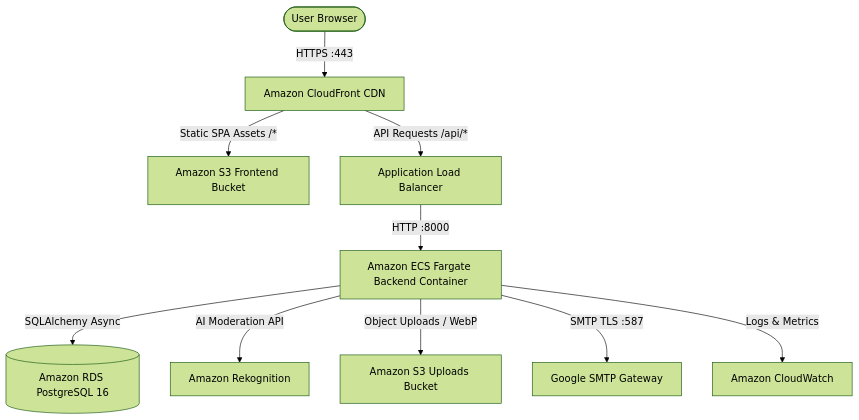
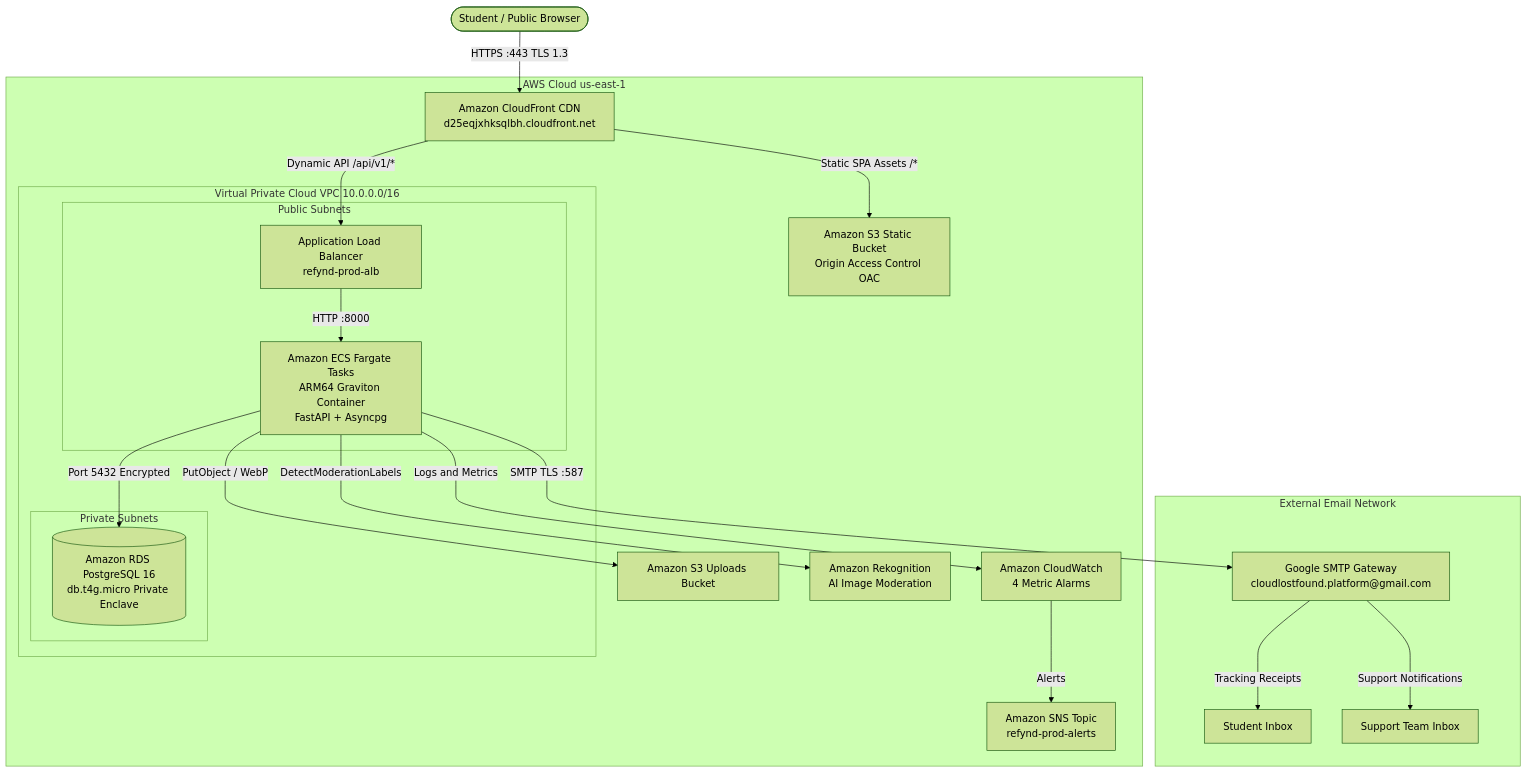
One commit to a7hu-15/lost-and-found-pvt changed the diagram in README.md. Above: the diagram before and after it, drawn with Mermaid (forest theme). The commit also changed other lines of this file and 13 other files, not shown here.

Commit message:
docs: update README with live production links, architecture overview, and zero emojis

````diff
--- a/README.md
+++ b/README.md
@@ -13,12 +51,30 @@
 ```mermaid
 graph TD
-    Client([User Browser]) -->|HTTPS :443| CF[Amazon CloudFront CDN]
-    CF -->|Static SPA Assets /*| S3[Amazon S3 Frontend Bucket]
-    CF -->|API Requests /api/*| ALB[Application Load Balancer]
-    ALB -->|HTTP :8000| ECS[Amazon ECS Fargate Backend Container]
-    ECS -->|SQLAlchemy Async| RDS[(Amazon RDS PostgreSQL 16)]
-    ECS -->|AI Moderation API| Rekognition[Amazon Rekognition]
-    ECS -->|Object Uploads / WebP| S3Uploads[Amazon S3 Uploads Bucket]
-    ECS -->|SMTP TLS :587| GoogleSMTP[Google SMTP Gateway]
-    ECS -->|Logs & Metrics| CloudWatch[Amazon CloudWatch]
+    Client([Student / Public Browser]) -->|HTTPS :443 TLS 1.3| CF[Amazon CloudFront CDN<br/>d25eqjxhksqlbh.cloudfront.net]
+    
+    subgraph AWS Cloud us-east-1
+        CF -->|Static SPA Assets /*| S3Static[Amazon S3 Static Bucket<br/>Origin Access Control OAC]
+        CF -->|Dynamic API /api/v1/*| ALB[Application Load Balancer<br/>refynd-prod-alb]
+        
+        subgraph Virtual Private Cloud VPC 10.0.0.0/16
+            subgraph Public Subnets
+                ALB -->|HTTP :8000| ECS[Amazon ECS Fargate Tasks<br/>ARM64 Graviton Container<br/>FastAPI + Asyncpg]
+            end
+            
+            subgraph Private Subnets
+                ECS -->|Port 5432 Encrypted| RDS[(Amazon RDS PostgreSQL 16<br/>db.t4g.micro Private Enclave)]
+            end
+        end
+        
+        ECS -->|PutObject / WebP| S3Media[Amazon S3 Uploads Bucket]
+        ECS -->|DetectModerationLabels| Rekognition[Amazon Rekognition<br/>AI Image Moderation]
+        ECS -->|Logs and Metrics| CloudWatch[Amazon CloudWatch<br/>4 Metric Alarms]
+        CloudWatch -->|Alerts| SNS[Amazon SNS Topic<br/>refynd-prod-alerts]
+    end
+    
+    subgraph External Email Network
+        ECS -->|SMTP TLS :587| GoogleSMTP[Google SMTP Gateway<br/>cloudlostfound.platform@gmail.com]
+        GoogleSMTP -->|Tracking Receipts| UserEmail[Student Inbox]
+        GoogleSMTP -->|Support Notifications| AdminEmail[Support Team Inbox]
+    end
 ```
````
